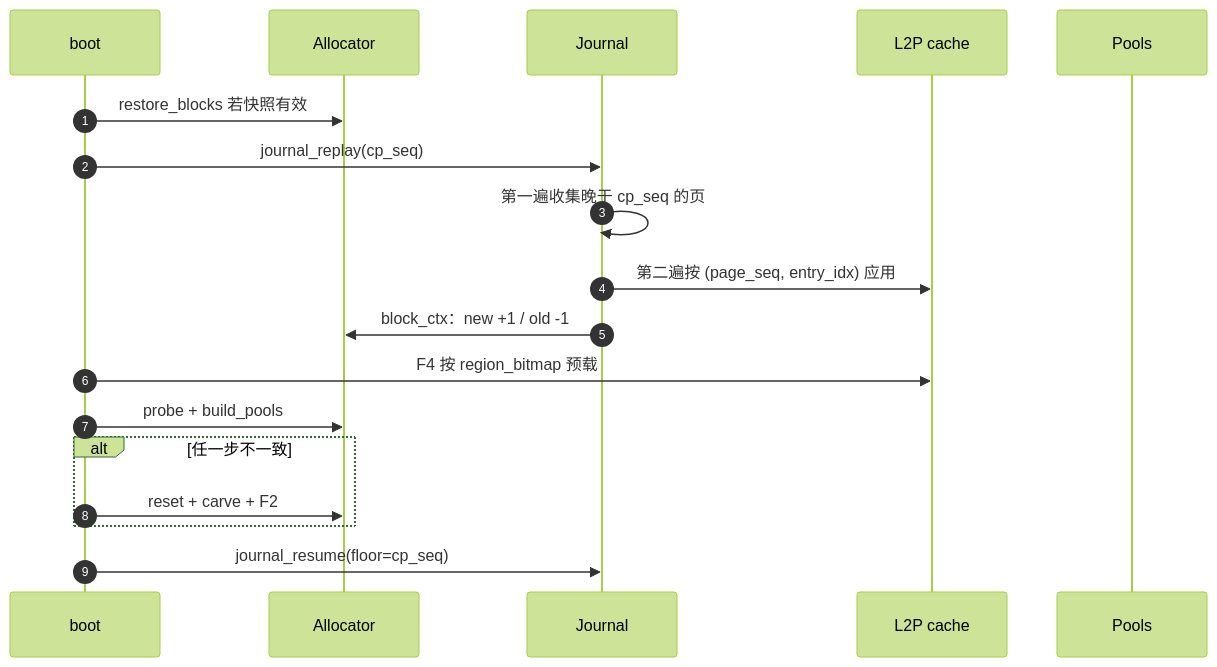
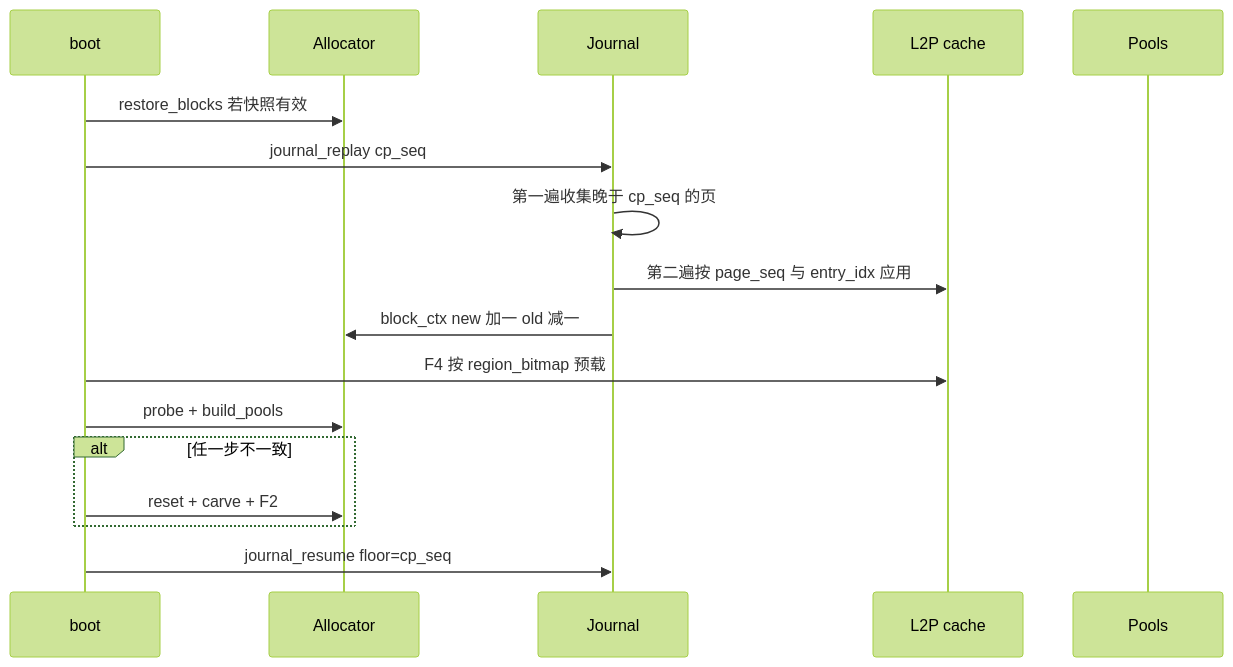
Before and after one commit to YzYMIAO/BASESSD: diagram 21 of 28 in docs/design/ftl_design.md, drawn with Mermaid (forest theme). The commit also changed other lines of this file, not shown here.

First line of the commit message:
docs(ftl): 补充推荐阅读顺序并清理 mermaid 序列图

````diff
--- a/docs/design/ftl_design.md
+++ b/docs/design/ftl_design.md
@@ -2835,21 +2869,20 @@
 ```mermaid
 sequenceDiagram
-    autonumber
     participant B as boot
     participant A as Allocator
     participant J as Journal
     participant L as L2P cache
     participant P as Pools
 
     B->>A: restore_blocks 若快照有效
-    B->>J: journal_replay(cp_seq)
+    B->>J: journal_replay cp_seq
     J->>J: 第一遍收集晚于 cp_seq 的页
-    J->>L: 第二遍按 (page_seq, entry_idx) 应用
-    J->>A: block_ctx：new +1 / old -1
+    J->>L: 第二遍按 page_seq 与 entry_idx 应用
+    J->>A: block_ctx new 加一 old 减一
     B->>L: F4 按 region_bitmap 预载
     B->>A: probe + build_pools
     alt 任一步不一致
         B->>A: reset + carve + F2
     end
-    B->>J: journal_resume(floor=cp_seq)
+    B->>J: journal_resume floor=cp_seq
 ```
````
